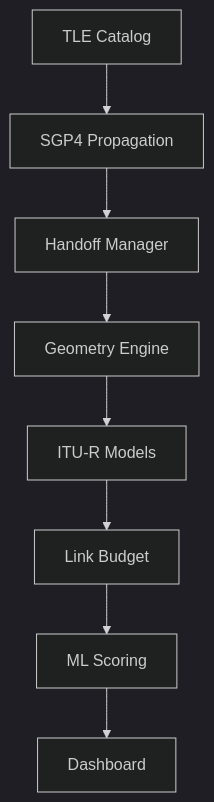
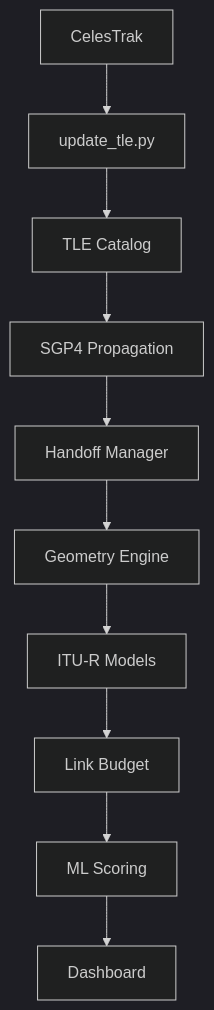
Before and after one commit to Satyanshgaur/RainCast: the diagram in readme.md, drawn with Mermaid (dark theme). The commit also changed other lines of this file, not shown here.

````diff
--- a/readme.md
+++ b/readme.md
@@ -23,10 +24,12 @@
 ```mermaid
 graph TD
-    A[TLE Catalog] --> B[SGP4 Propagation]
+    I[CelesTrak] --> J[update_tle.py]
+    J --> A[TLE Catalog]
+    A --> B[SGP4 Propagation]
     B --> C[Handoff Manager]
     C --> D[Geometry Engine]
     D --> E[ITU-R Models]
     E --> F[Link Budget]
     F --> G[ML Scoring]
     G --> H[Dashboard]
 ```
````
